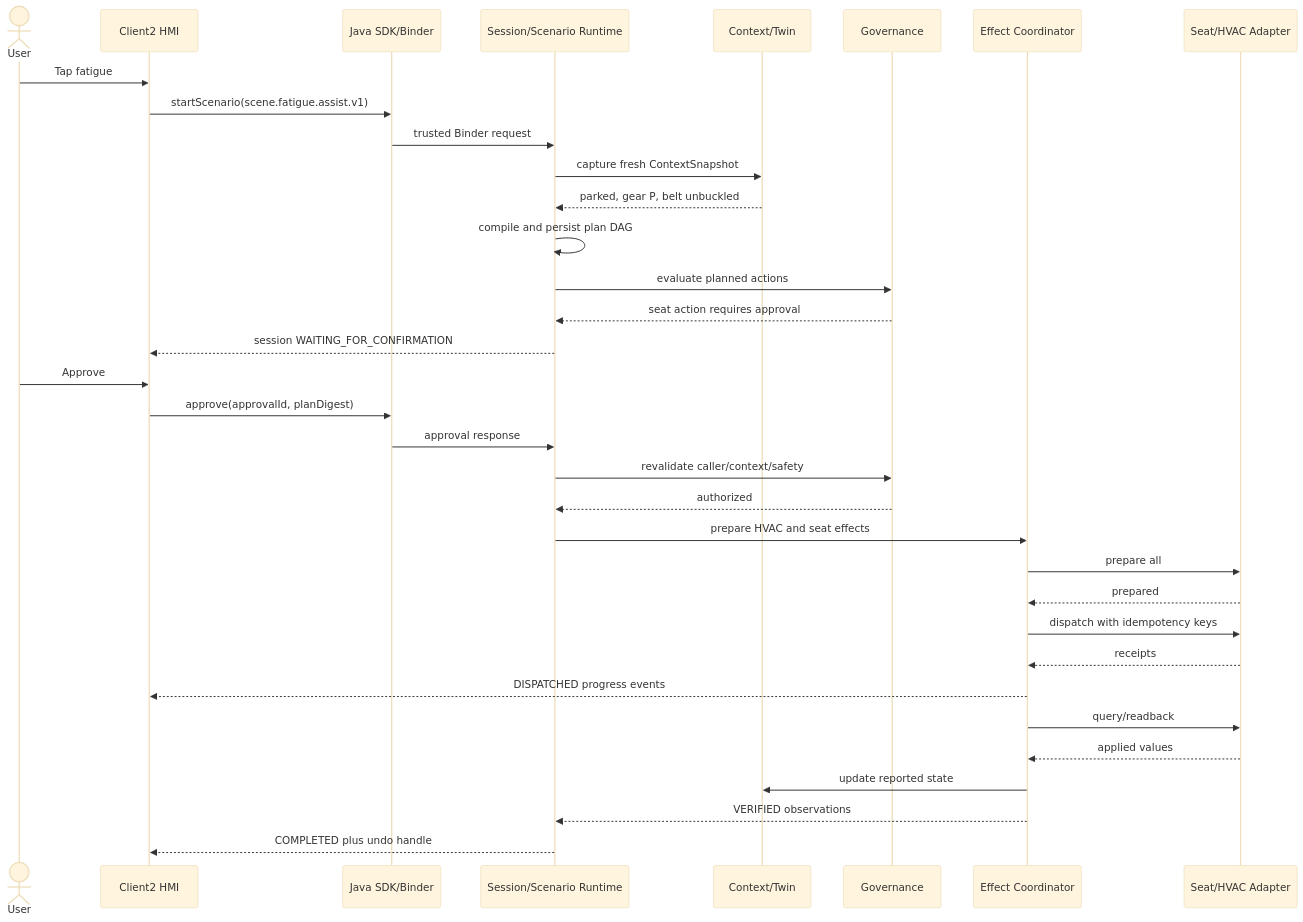
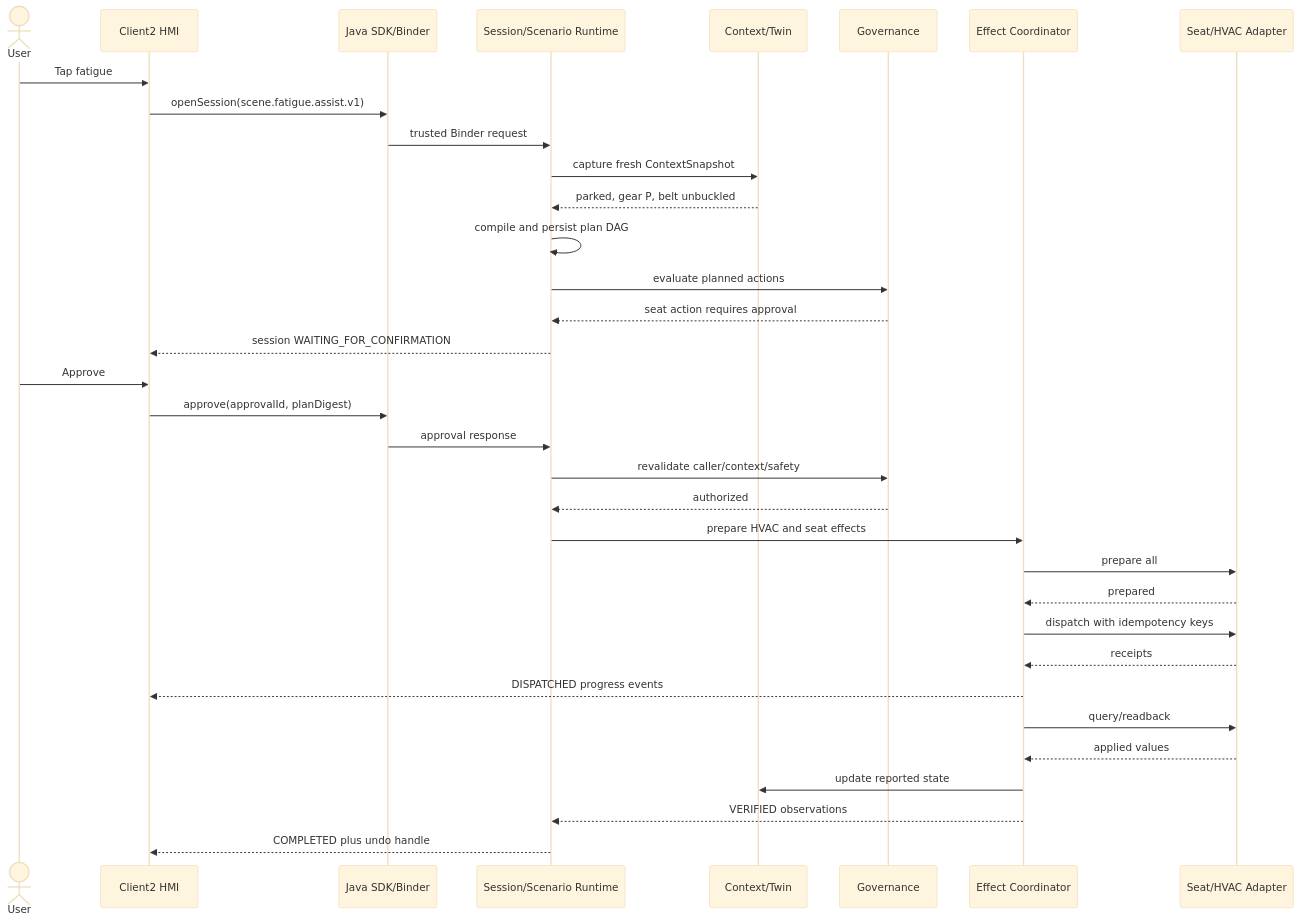
The fourth of 4 diagrams in docs/CENTRAL_BRAIN_COMPLETE_SOFTWARE_DEVELOPMENT_DESIGN.md (LucasWEIchen/CougarOS), drawn with Mermaid (base theme) before and after one commit. The commit also changed other lines of this file and 15 other files, not shown here.

````diff
--- a/docs/CENTRAL_BRAIN_COMPLETE_SOFTWARE_DEVELOPMENT_DESIGN.md
+++ b/docs/CENTRAL_BRAIN_COMPLETE_SOFTWARE_DEVELOPMENT_DESIGN.md
@@ -1078,37 +1176,37 @@
 ```mermaid
 sequenceDiagram
     actor U as User
     participant H as Client2 HMI
     participant S as Java SDK/Binder
     participant R as Session/Scenario Runtime
     participant C as Context/Twin
     participant G as Governance
     participant E as Effect Coordinator
     participant A as Seat/HVAC Adapter
 
     U->>H: Tap fatigue
-    H->>S: startScenario(scene.fatigue.assist.v1)
+    H->>S: openSession(scene.fatigue.assist.v1)
     S->>R: trusted Binder request
     R->>C: capture fresh ContextSnapshot
     C-->>R: parked, gear P, belt unbuckled
     R->>R: compile and persist plan DAG
     R->>G: evaluate planned actions
     G-->>R: seat action requires approval
     R-->>H: session WAITING_FOR_CONFIRMATION
     U->>H: Approve
     H->>S: approve(approvalId, planDigest)
     S->>R: approval response
     R->>G: revalidate caller/context/safety
     G-->>R: authorized
     R->>E: prepare HVAC and seat effects
     E->>A: prepare all
     A-->>E: prepared
     E->>A: dispatch with idempotency keys
     A-->>E: receipts
     E-->>H: DISPATCHED progress events
     E->>A: query/readback
     A-->>E: applied values
     E->>C: update reported state
     E-->>R: VERIFIED observations
     R-->>H: COMPLETED plus undo handle
 ```
````
